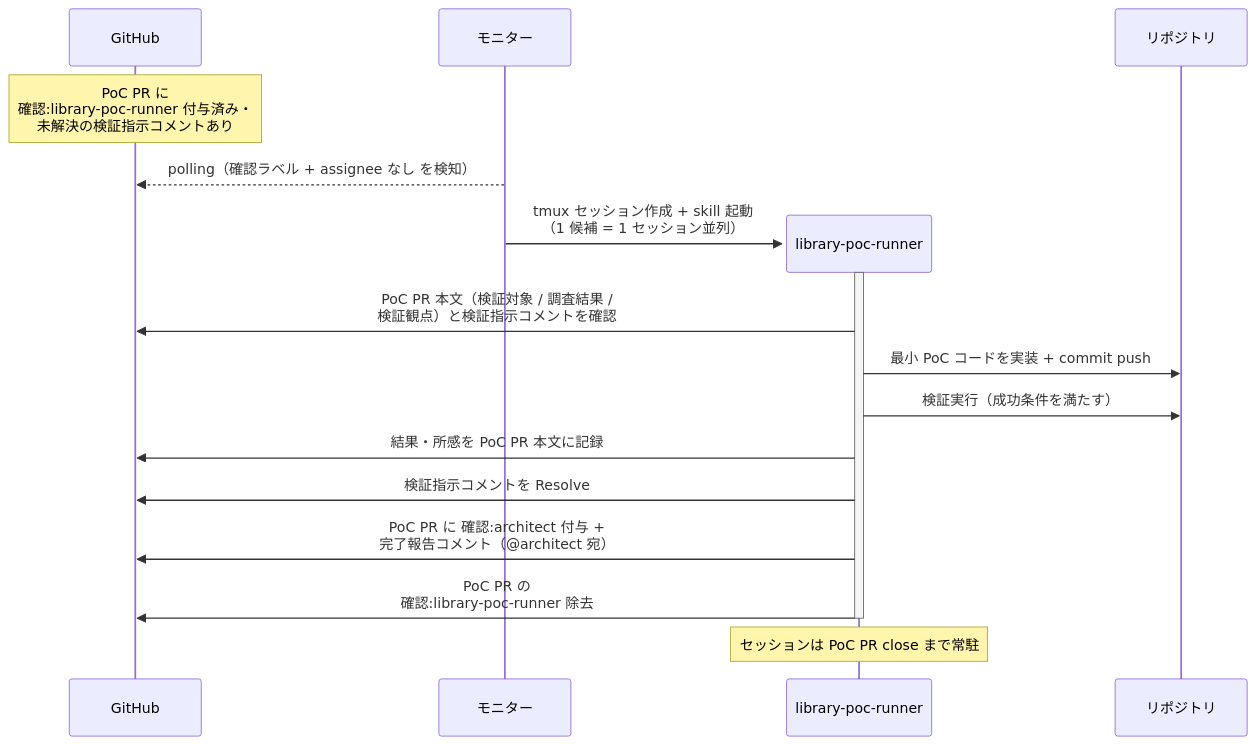
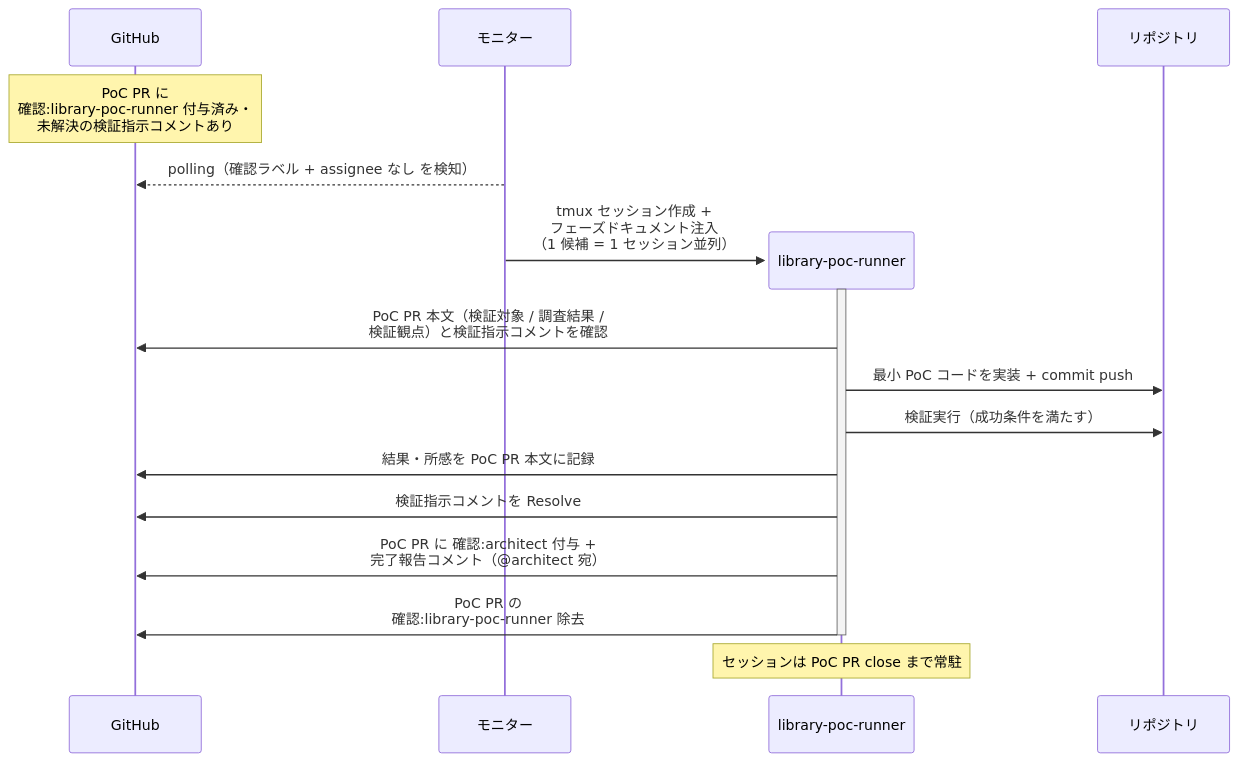
The first of 3 diagrams in docs/wiki/設計図/シナリオ/単一ユースケース/ライブラリPoC検証.md (shuhei1101/ai-monitor), drawn with Mermaid before and after one commit. The commit also changed other lines of this file and 162 other files, not shown here.

````diff
--- a/docs/wiki/設計図/シナリオ/単一ユースケース/ライブラリPoC検証.md
+++ b/docs/wiki/設計図/シナリオ/単一ユースケース/ライブラリPoC検証.md
@@ -28,21 +28,21 @@
 ```mermaid
 sequenceDiagram
   participant GH as GitHub
   participant ORC as モニター
 
   Note over GH: PoC PR に<br>確認:library-poc-runner 付与済み・<br>未解決の検証指示コメントあり
   ORC-->>GH: polling（確認ラベル + assignee なし を検知）
   create participant MON as library-poc-runner
-  ORC->>MON: tmux セッション作成 + skill 起動<br>（1 候補 = 1 セッション並列）
+  ORC->>MON: tmux セッション作成 +<br>フェーズドキュメント注入<br>（1 候補 = 1 セッション並列）
   participant REPO as リポジトリ
   activate MON
   MON->>GH: PoC PR 本文（検証対象 / 調査結果 /<br>検証観点）と検証指示コメントを確認
   MON->>REPO: 最小 PoC コードを実装 + commit push
   MON->>REPO: 検証実行（成功条件を満たす）
   MON->>GH: 結果・所感を PoC PR 本文に記録
   MON->>GH: 検証指示コメントを Resolve
   MON->>GH: PoC PR に 確認:architect 付与 +<br>完了報告コメント（@architect 宛）
   MON->>GH: PoC PR の<br>確認:library-poc-runner 除去
   deactivate MON
   Note over MON: セッションは PoC PR close まで常駐
 ```
````
